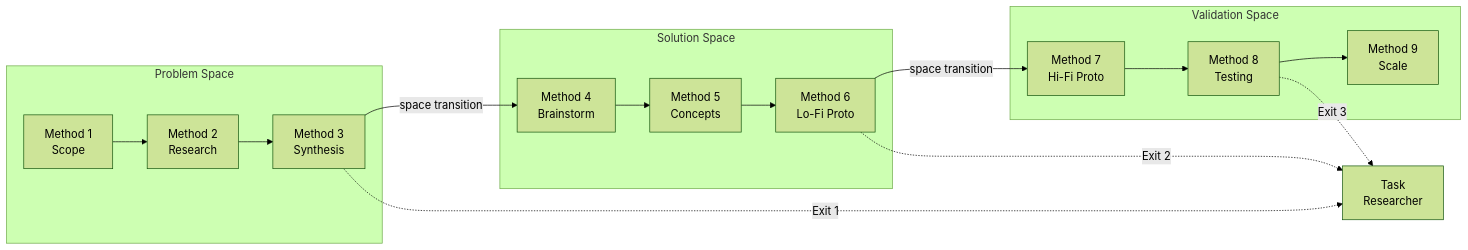
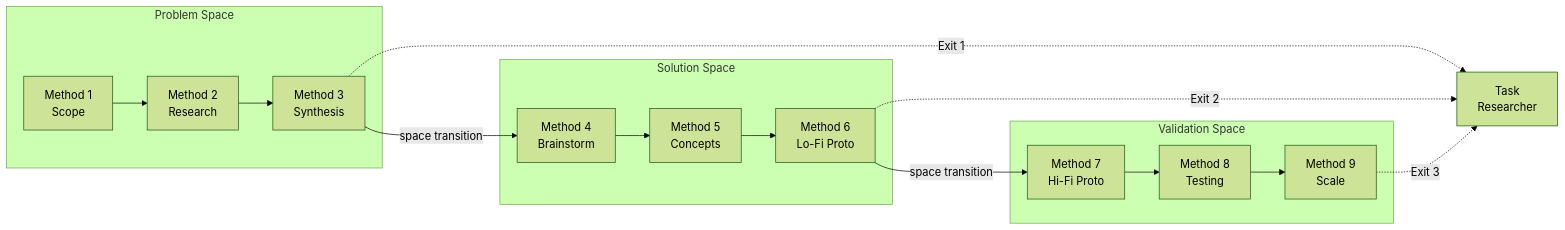
One commit to microsoft/hve-core changed the diagram in docs/design-thinking/using-together.md. Above: the diagram before and after it, drawn with Mermaid (forest theme). The commit also changed other lines of this file and 7 other files, not shown here.

````diff
--- a/docs/design-thinking/using-together.md
+++ b/docs/design-thinking/using-together.md
@@ -22,21 +22,21 @@
 ```mermaid
 flowchart LR
     subgraph problem["Problem Space"]
         M1["Method 1<br/>Scope"] --> M2["Method 2<br/>Research"] --> M3["Method 3<br/>Synthesis"]
     end
 
     subgraph solution["Solution Space"]
         M4["Method 4<br/>Brainstorm"] --> M5["Method 5<br/>Concepts"] --> M6["Method 6<br/>Lo-Fi Proto"]
     end
 
     subgraph validation["Validation Space"]
         M7["Method 7<br/>Hi-Fi Proto"] --> M8["Method 8<br/>Testing"] --> M9["Method 9<br/>Scale"]
     end
 
     M3 -->|"space transition"| M4
     M6 -->|"space transition"| M7
 
     M3 -.->|"Exit 1"| TR["Task<br/>Researcher"]
     M6 -.->|"Exit 2"| TR
-    M8 -.->|"Exit 3"| TR
+    M9 -.->|"Exit 3"| TR
 ```
````
